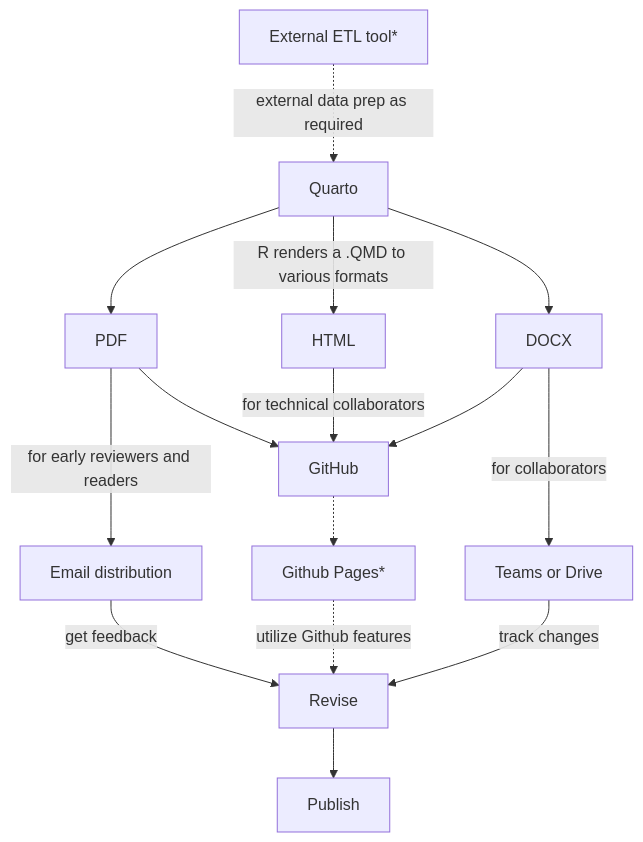
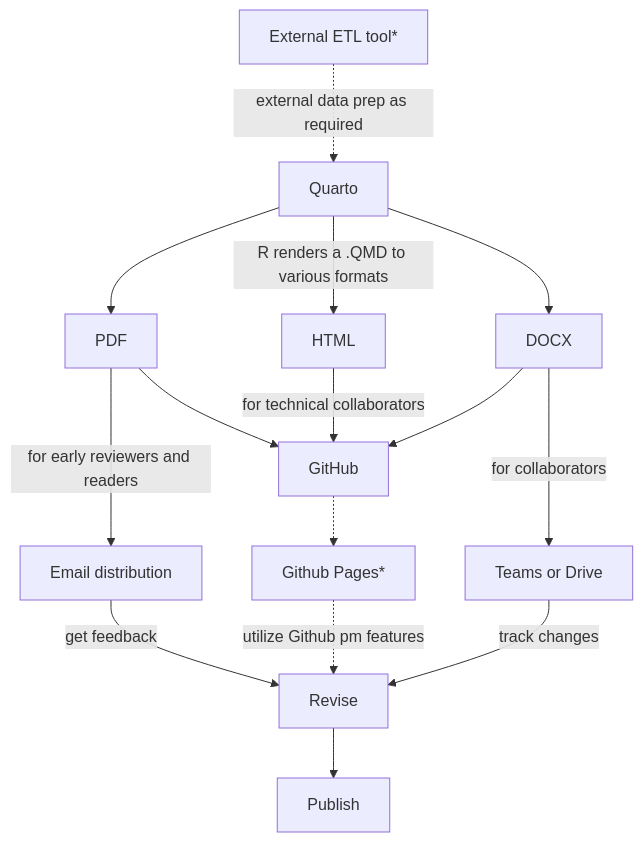
One commit to niboXR/Example-Quarto-Project changed the diagram in analysis-workflow.qmd. Above: the diagram before and after it, drawn with Mermaid. The commit also changed other lines of this file and 2 other files, not shown here.

````diff
--- a/analysis-workflow.qmd
+++ b/analysis-workflow.qmd
@@ -11,17 +14,17 @@
 ```{mermaid}
 flowchart TD
     A[External ETL tool*] -.-> |external data prep as required| B[Quarto]
     B --> C1[PDF]
     B --> |R renders a .QMD to various formats| C2[HTML]
     B --> C3[DOCX]
     C1 --> |for early reviewers and readers| D1[Email distribution]
     C1 --> D2[GitHub]
     C2 --> |for technical collaborators| D2
     C3 --> D2
     C3 --> |for collaborators| D3[Teams or Drive]
     D1 --> |get feedback| F
     D2 -.-> E1[Github Pages*]
-    E1 -.-> |utilize Github features| F[Revise]
+    E1 -.-> |utilize Github pm features| F[Revise]
     D3 --> |track changes| F
     F --> G[Publish]
 ```
````
